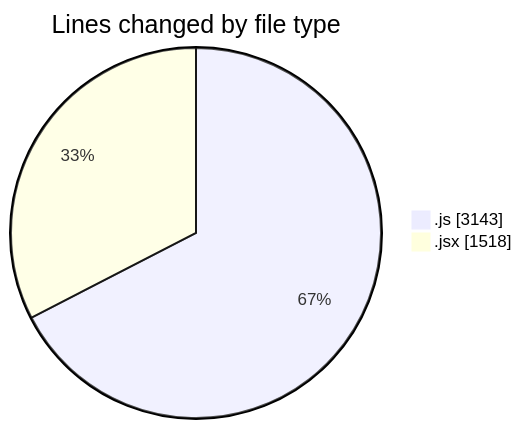
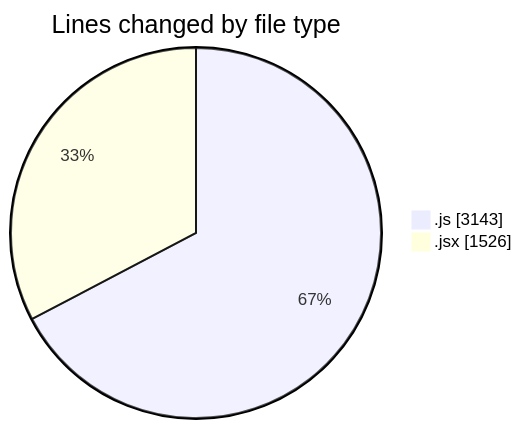
One commit to nxtqubesakshisongat/code-tracking changed the first of 2 diagrams in 2025-08-13/nxtqube_webapp/README.md. Above: the diagram before and after it, drawn with Mermaid. The commit also changed other lines of this file and 1 other file, not shown here.

````diff
--- a/2025-08-13/nxtqube_webapp/README.md
+++ b/2025-08-13/nxtqube_webapp/README.md
@@ -23,6 +23,6 @@
 ```mermaid
 pie showData
 title Lines changed by file type
 ".js" : 3143
-".jsx" : 1518
+".jsx" : 1526
 ```
````
